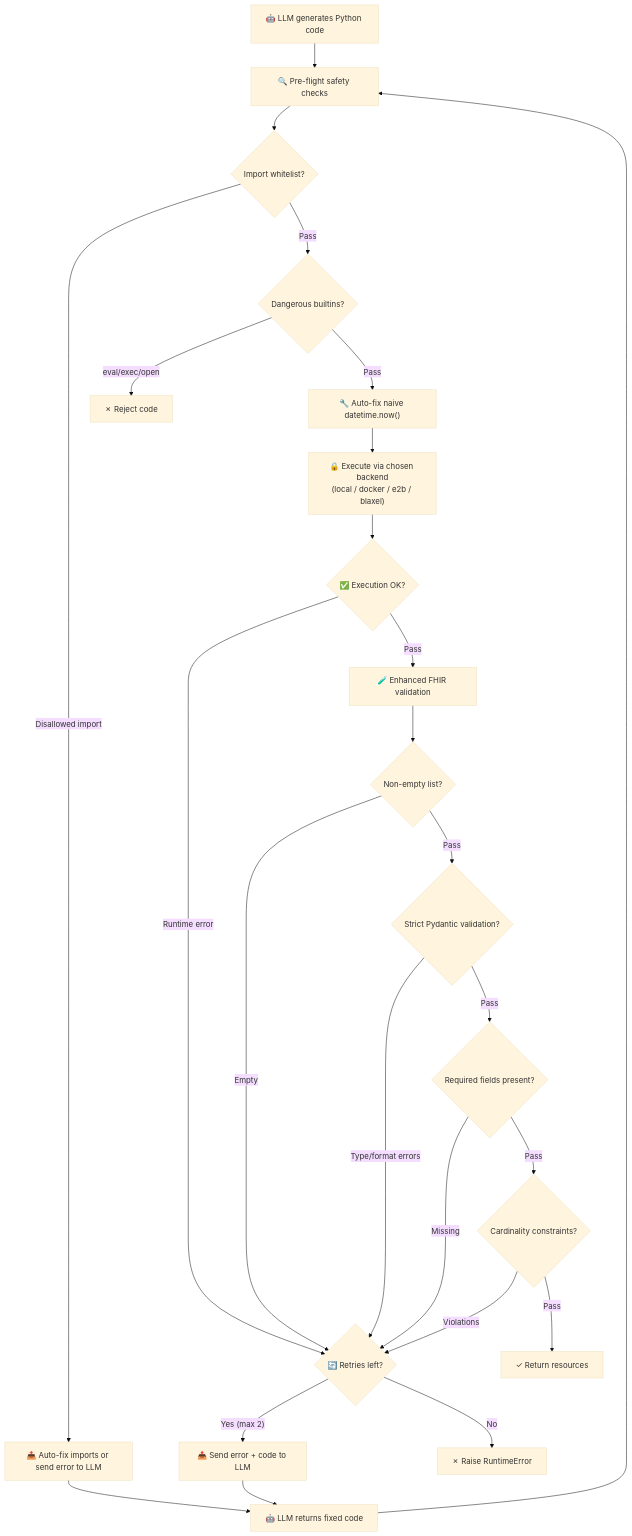
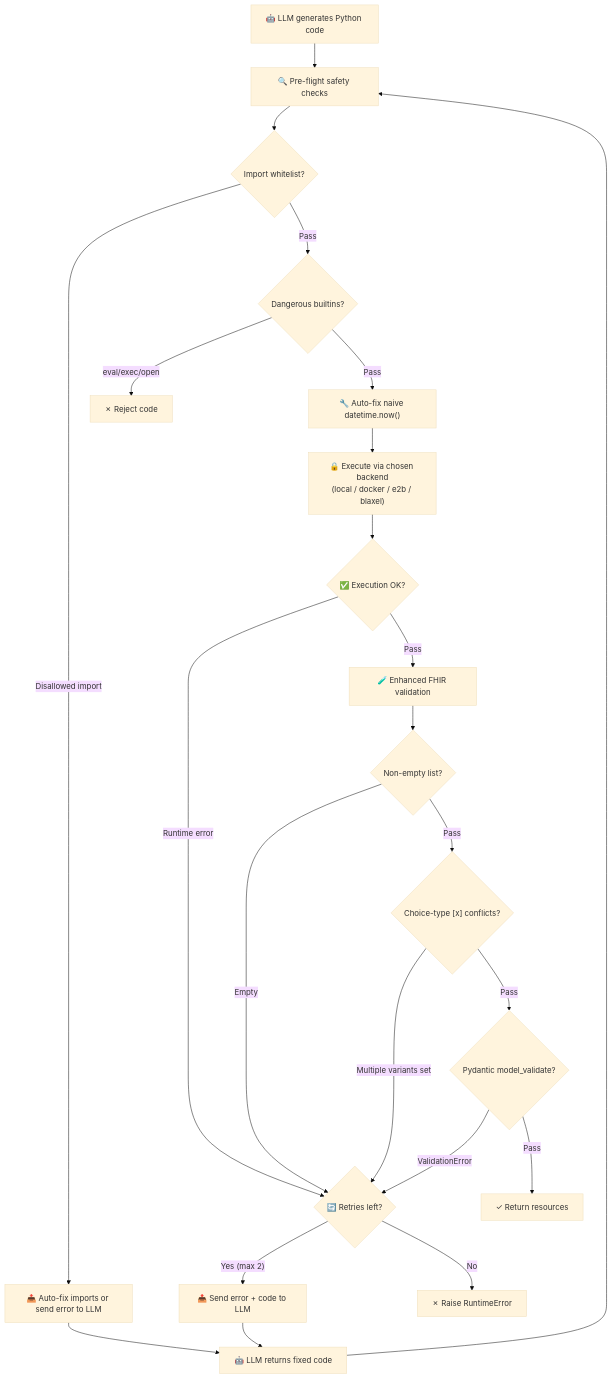
The third of 3 diagrams in docs/architecture.md (alvinhenrick/fhir-synth), drawn with Mermaid (base theme) before and after one commit. The commit also changed other lines of this file and 9 other files, not shown here.

````diff
--- a/docs/architecture.md
+++ b/docs/architecture.md
@@ -130,29 +130,27 @@
 ```mermaid
 flowchart TD
     A["🤖 LLM generates Python code"] --> B["🔍 Pre-flight safety checks"]
     B --> B1{"Import whitelist?"}
     B1 -->|"Disallowed import"| FIX["📤 Auto-fix imports or send error to LLM"]
     B1 -->|Pass| B2{"Dangerous builtins?"}
     B2 -->|"eval/exec/open"| REJECT["✗ Reject code"]
     B2 -->|Pass| B3["🔧 Auto-fix naive datetime.now()"]
     B3 --> C["🔒 Execute via chosen backend<br/>(local / docker / e2b / blaxel)"]
     C --> D{"✅ Execution OK?"}
     D -->|"Runtime error"| RETRY
     D -->|Pass| E["🧪 Enhanced FHIR validation"]
     E --> E1{"Non-empty list?"}
     E1 -->|Empty| RETRY
-    E1 -->|Pass| E2{"Strict Pydantic validation?"}
-    E2 -->|Type/format errors| RETRY
-    E2 -->|Pass| E3{"Required fields present?"}
-    E3 -->|Missing| RETRY
-    E3 -->|Pass| E4{"Cardinality constraints?"}
-    E4 -->|Violations| RETRY
-    E4 -->|Pass| F["✓ Return resources"]
+    E1 -->|Pass| E2{"Choice-type [x] conflicts?"}
+    E2 -->|Multiple variants set| RETRY
+    E2 -->|Pass| E3{"Pydantic model_validate?"}
+    E3 -->|ValidationError| RETRY
+    E3 -->|Pass| F["✓ Return resources"]
 
     RETRY{"🔄 Retries left?"}
     RETRY -->|"Yes (max 2)"| FIX2["📤 Send error + code to LLM"]
     RETRY -->|No| H["✗ Raise RuntimeError"]
     FIX2 --> G["🤖 LLM returns fixed code"]
     FIX --> G
     G --> B
 ```
````
